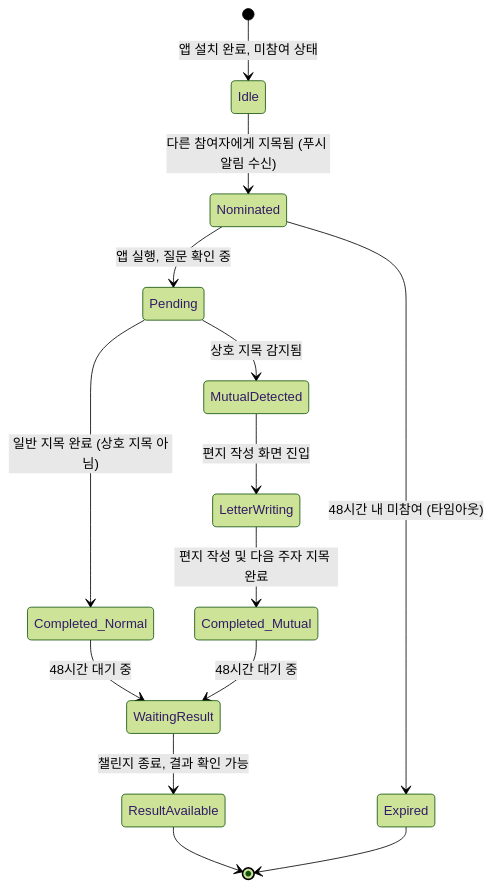
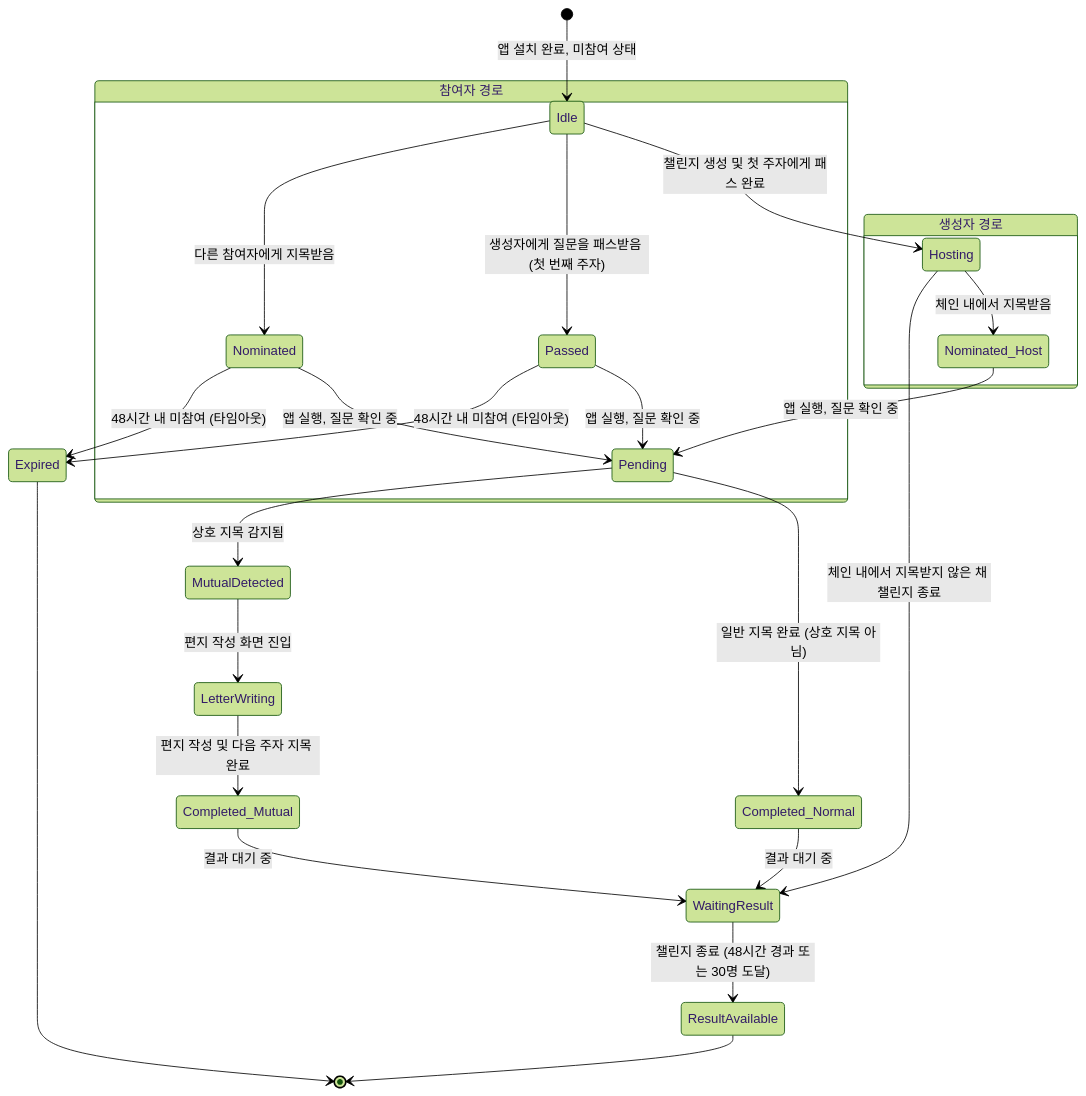
The second of 3 diagrams in Heart_to_Hearts_plan_v2.0.md (axz-halo/h2h), drawn with Mermaid (forest theme) before and after one commit. The commit also changed other lines of this file and 9 other files, not shown here.

Commit message:
feat: v2.1 spec - pass flow, my_role badge, max_participants, API and migration

````diff
--- a/Heart_to_Hearts_plan_v2.0.md
+++ b/Heart_to_Hearts_plan_v2.0.md
@@ -204,22 +199,34 @@
 ```mermaid
 stateDiagram-v2
     [*] --> Idle : 앱 설치 완료, 미참여 상태
 
-    Idle --> Nominated : 다른 참여자에게 지목됨 (푸시 알림 수신)
-    Nominated --> Pending : 앱 실행, 질문 확인 중
-    
+    state "생성자 경로" as HostPath {
+        Idle --> Hosting : 챌린지 생성 및 첫 주자에게 패스 완료
+        Hosting --> Nominated_Host : 체인 내에서 지목받음
+        Nominated_Host --> Pending : 앱 실행, 질문 확인 중
+    }
+
+    state "참여자 경로" as ParticipantPath {
+        Idle --> Passed : 생성자에게 질문을 패스받음 (첫 번째 주자)
+        Idle --> Nominated : 다른 참여자에게 지목받음
+        Passed --> Pending : 앱 실행, 질문 확인 중
+        Nominated --> Pending : 앱 실행, 질문 확인 중
+    }
+
     Pending --> Completed_Normal : 일반 지목 완료 (상호 지목 아님)
     Pending --> MutualDetected : 상호 지목 감지됨
-    
+
     MutualDetected --> LetterWriting : 편지 작성 화면 진입
     LetterWriting --> Completed_Mutual : 편지 작성 및 다음 주자 지목 완료
-    
-    Completed_Normal --> WaitingResult : 48시간 대기 중
-    Completed_Mutual --> WaitingResult : 48시간 대기 중
-    
-    WaitingResult --> ResultAvailable : 챌린지 종료, 결과 확인 가능
+
+    Completed_Normal --> WaitingResult : 결과 대기 중
+    Completed_Mutual --> WaitingResult : 결과 대기 중
+    Hosting --> WaitingResult : 체인 내에서 지목받지 않은 채 챌린지 종료
+
+    WaitingResult --> ResultAvailable : 챌린지 종료 (48시간 경과 또는 30명 도달)
     ResultAvailable --> [*]
 
+    Passed --> Expired : 48시간 내 미참여 (타임아웃)
     Nominated --> Expired : 48시간 내 미참여 (타임아웃)
     Expired --> [*]
 ```
````
